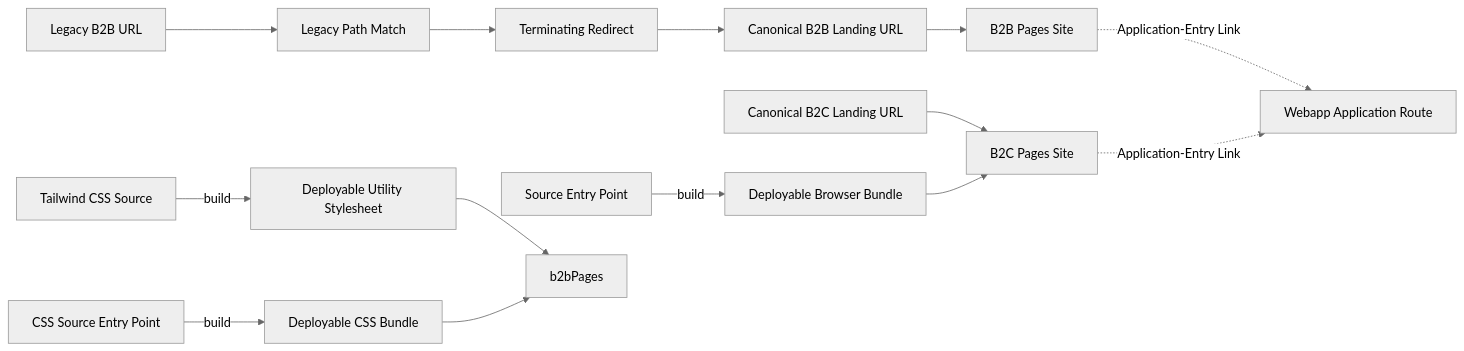
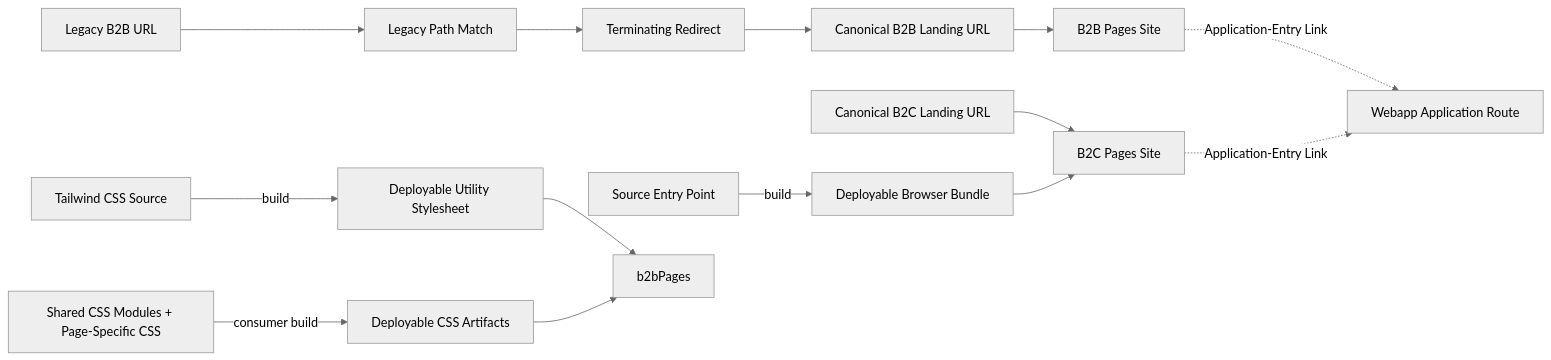
The diagram in docs/ubiquitous-language/host-migration-cloudflare-redirect-ul.md (KSimonnet/likened-b2b), drawn with Mermaid (neutral theme) before and after one commit. The commit also changed other lines of this file and 10 other files, not shown here.

````diff
--- a/docs/ubiquitous-language/host-migration-cloudflare-redirect-ul.md
+++ b/docs/ubiquitous-language/host-migration-cloudflare-redirect-ul.md
@@ -42,16 +43,16 @@
 ```mermaid
 flowchart LR
   legacy[Legacy B2B URL] --> match[Legacy Path Match]
   match --> redirect[Terminating Redirect]
   redirect --> canonical[Canonical B2B Landing URL]
   canonical --> pages[B2B Pages Site]
   pages -. Application-Entry Link .-> webapp[Webapp Application Route]
   b2c[Canonical B2C Landing URL] --> b2cPages[B2C Pages Site]
   source[Source Entry Point] -->|build| bundle[Deployable Browser Bundle]
   bundle --> b2cPages
   tailwindSource[Tailwind CSS Source] -->|build| utilityCss[Deployable Utility Stylesheet]
-  cssSource[CSS Source Entry Point] -->|build| cssBundle[Deployable CSS Bundle]
+  cssSource[Shared CSS Modules + Page-Specific CSS] -->|consumer build| cssBundle[Deployable CSS Artifacts]
   utilityCss --> b2bPages
   cssBundle --> b2bPages
   b2cPages -. Application-Entry Link .-> webapp
 ```
````
